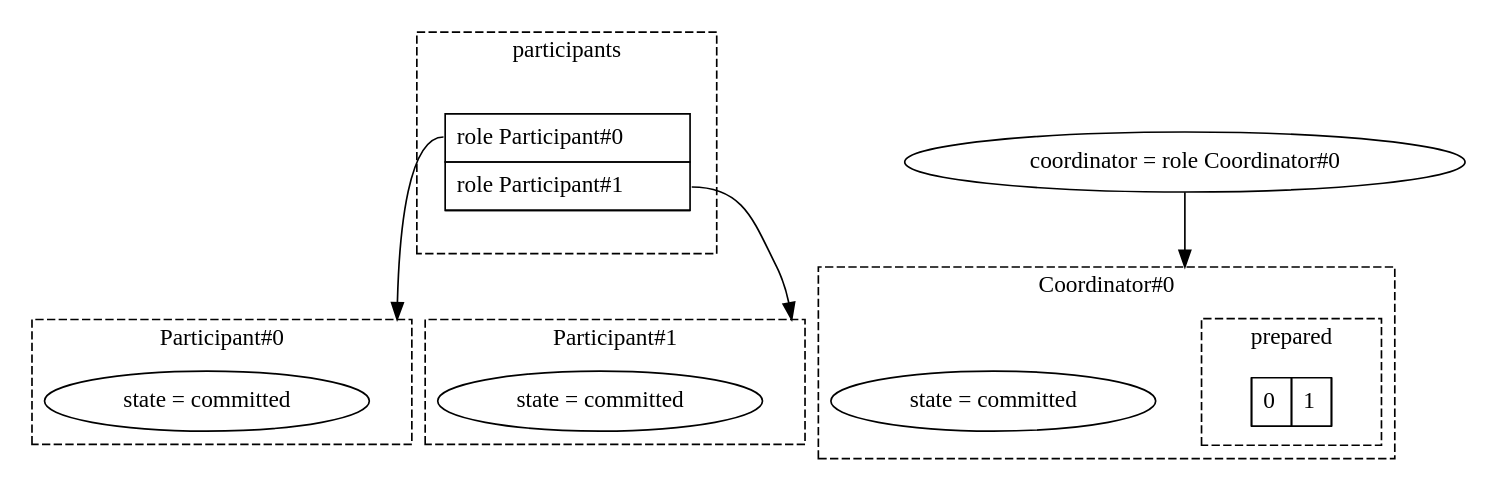
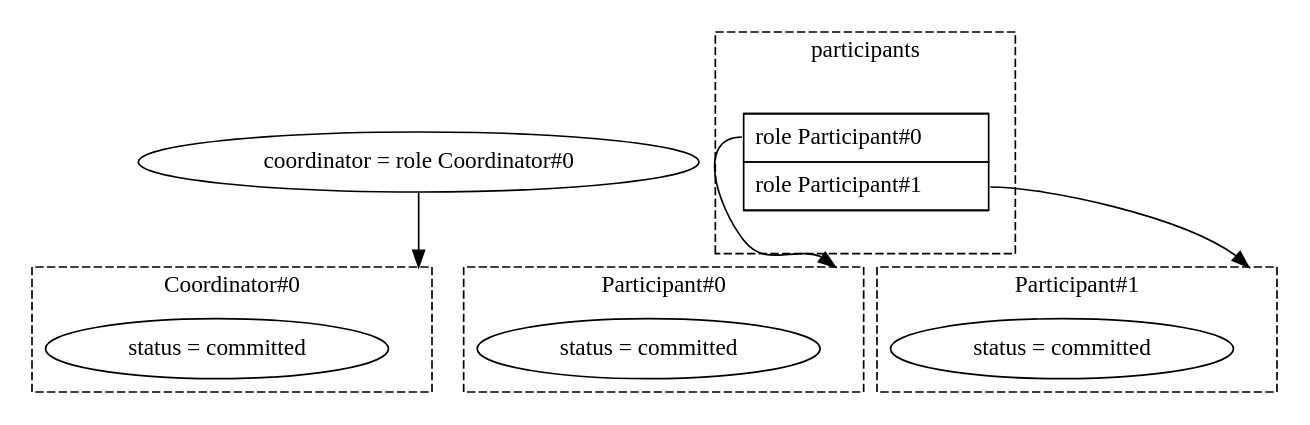
The fifth of 5 diagrams in content/examples/two_phase_commit_actors.md (fizzbee-io/website), drawn with Graphviz before and after one commit. The commit also changed other lines of this file, not shown here.

```diff
--- a/content/examples/two_phase_commit_actors.md
+++ b/content/examples/two_phase_commit_actors.md
@@ -357,48 +829,38 @@
    {{% graphviz %}}
 digraph G {
 compound=true;
+target="_blank";
+subgraph "cluster_Coordinator#0" {
+style=dashed;
+label="Coordinator#0";
+"Coordinator#0_placeholder" [label="" shape=point width=0 height=0 style=invis];
+"Coordinator#0.status" [label="status = committed" shape=ellipse];
+}
 subgraph "cluster_Participant#0" {
 style=dashed;
 label="Participant#0";
 "Participant#0_placeholder" [label="" shape=point width=0 height=0 style=invis];
-"Participant#0.state" [label="state = committed" shape=ellipse];
+"Participant#0.status" [label="status = committed" shape=ellipse];
 }
 subgraph "cluster_Participant#1" {
 style=dashed;
 label="Participant#1";
 "Participant#1_placeholder" [label="" shape=point width=0 height=0 style=invis];
-"Participant#1.state" [label="state = committed" shape=ellipse];
-}
-subgraph "cluster_Coordinator#0" {
-style=dashed;
-label="Coordinator#0";
-"Coordinator#0_placeholder" [label="" shape=point width=0 height=0 style=invis];
-subgraph "cluster_Coordinator#0.prepared" {
-style=dashed;
-label="prepared";
-"Coordinator#0.prepared" [shape=plaintext, label=<<table border="0" cellborder="1" cellspacing="0" cellpadding="6"><tr>
-<td port="before" sides="r"></td>
-<td port="0">0</td>
-<td port="1">1</td>
-<td port="after" sides="l"></td>
-</tr></table>>];
-}
-
-"Coordinator#0.state" [label="state = committed" shape=ellipse];
+"Participant#1.status" [label="status = committed" shape=ellipse];
 }
 "coordinator" [label="coordinator = role Coordinator#0" shape=ellipse];
 "coordinator" -> "Coordinator#0_placeholder" [lhead="cluster_Coordinator#0"];
 subgraph "cluster_null.participants" {
 style=dashed;
 label="participants";
 "participants" [shape=plaintext, label=<<table border="0" cellborder="1" cellspacing="0" cellpadding="6"><tr>
 <td port="before" sides="b"></td></tr>
 <tr><td port="0">role Participant#0</td></tr>
 <tr><td port="1">role Participant#1</td></tr>
 <tr><td port="after" sides="t"></td>
 </tr></table>>];
 }
 "participants":0 -> "Participant#0_placeholder" [lhead="cluster_Participant#0"];
 "participants":1 -> "Participant#1_placeholder" [lhead="cluster_Participant#1"];
 }
    {{% /graphviz %}}
```
